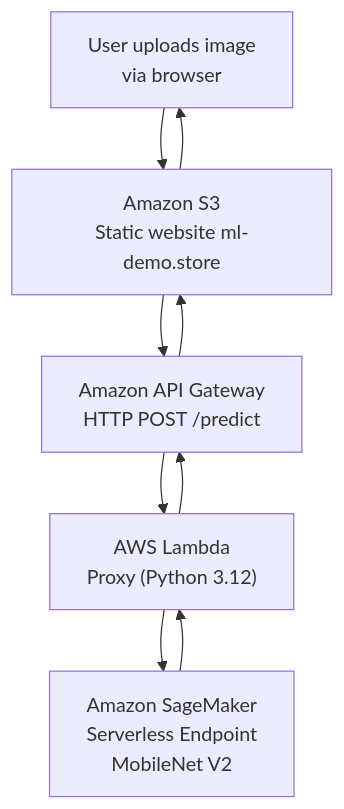
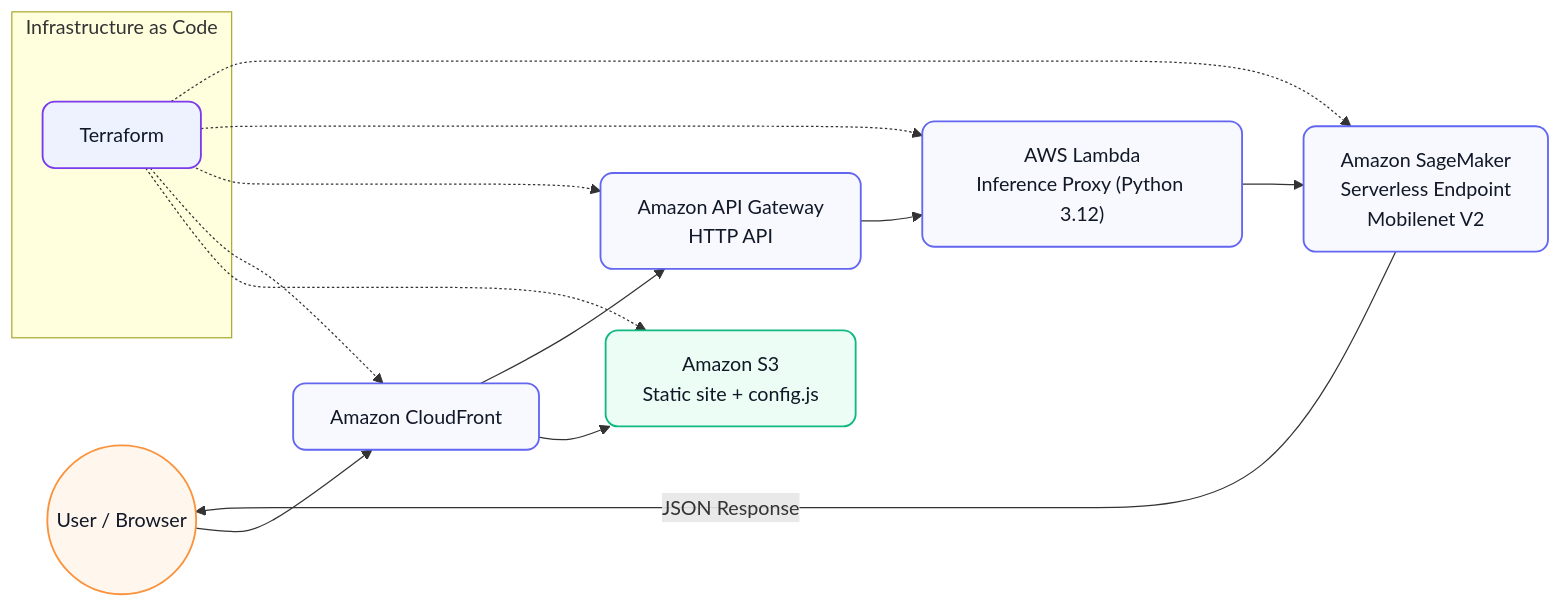
The diagram in README.md (rusets/ml-sagemaker-serverless), drawn with Mermaid before and after one commit. The commit also changed other lines of this file, not shown here.

Commit message:
Restore detailed Architecture, remove OIDC mention; polish Security & IAM

````diff
--- a/README.md
+++ b/README.md
@@ -10,11 +29,28 @@
 ```mermaid
-flowchart TD
-  A["User uploads image<br/>via browser"] --> B["Amazon S3<br/>Static website ml-demo.store"]
-  B --> C["Amazon API Gateway<br/>HTTP POST /predict"]
-  C --> D["AWS Lambda<br/>Proxy (Python 3.12)"]
-  D --> E["Amazon SageMaker<br/>Serverless Endpoint<br/>MobileNet V2"]
-  E --> D
-  D --> C
-  C --> B
-  B --> A
+flowchart LR
+  %% Node styles
+  classDef svc fill:#f8f9ff,stroke:#6366f1,stroke-width:1.5,rx:10,ry:10,color:#111827
+  classDef ext fill:#fff7ed,stroke:#fb923c,stroke-width:1.5,rx:10,ry:10,color:#111827
+  classDef iac fill:#eef2ff,stroke:#7c3aed,stroke-width:1.5,rx:10,ry:10,color:#111827
+  classDef data fill:#ecfdf5,stroke:#10b981,stroke-width:1.5,rx:10,ry:10,color:#111827
+
+  %% Frontend
+  user((User / Browser)):::ext --> cf["Amazon CloudFront"]:::svc
+  cf --> s3["Amazon S3<br/>Static site + config.js"]:::data
+
+  %% API Layer
+  cf --> apigw["Amazon API Gateway<br/>HTTP API"]:::svc
+  apigw --> lam["AWS Lambda<br/>Inference Proxy (Python 3.12)"]:::svc
+  lam --> sm["Amazon SageMaker<br/>Serverless Endpoint<br/>Mobilenet V2"]:::svc
+  sm -->|JSON Response| user
+
+  %% IaC
+  subgraph IaC [Infrastructure as Code]
+    tf["Terraform"]:::iac
+  end
+  tf -.-> s3
+  tf -.-> cf
+  tf -.-> apigw
+  tf -.-> lam
+  tf -.-> sm
 ```
````
